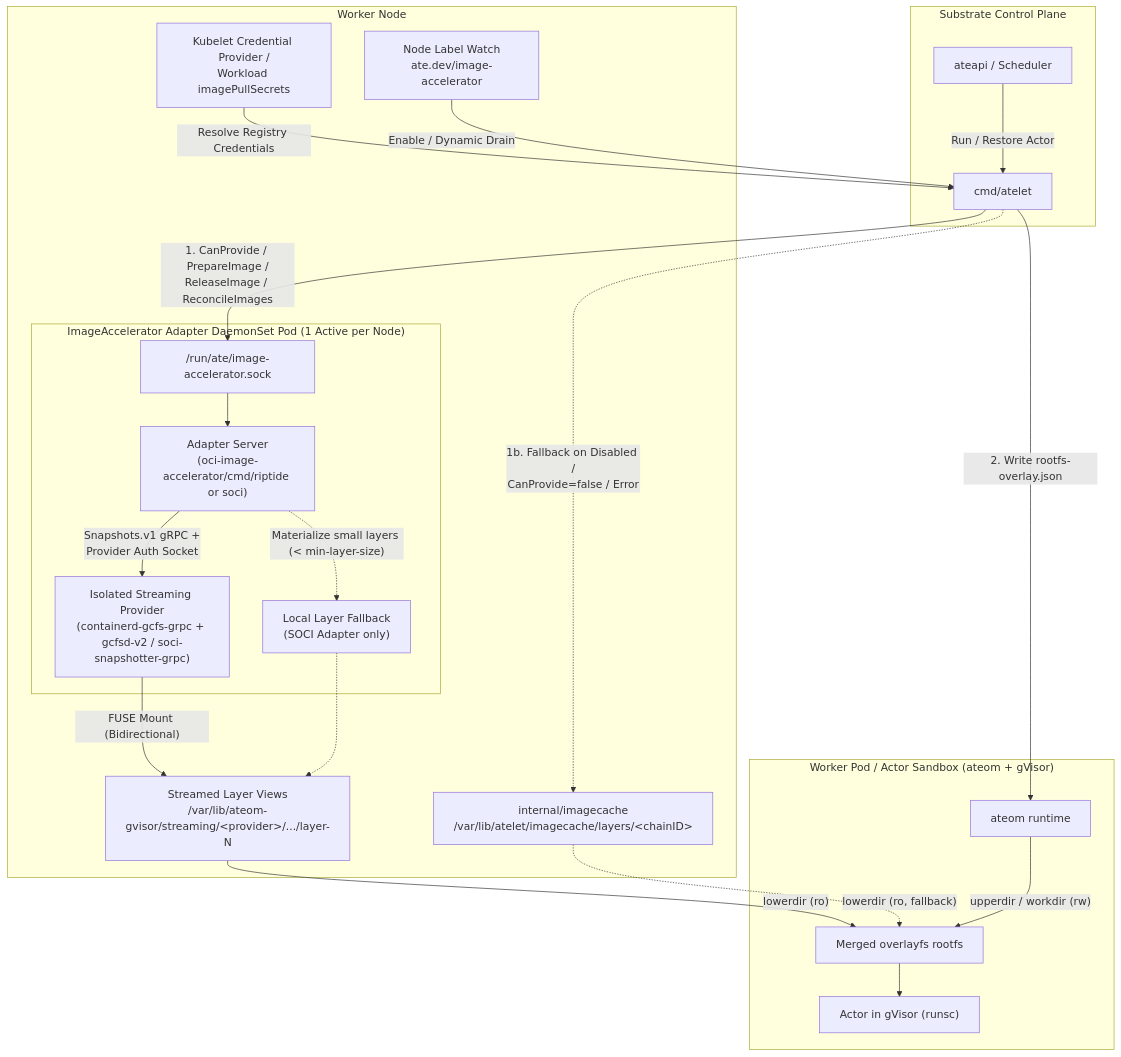
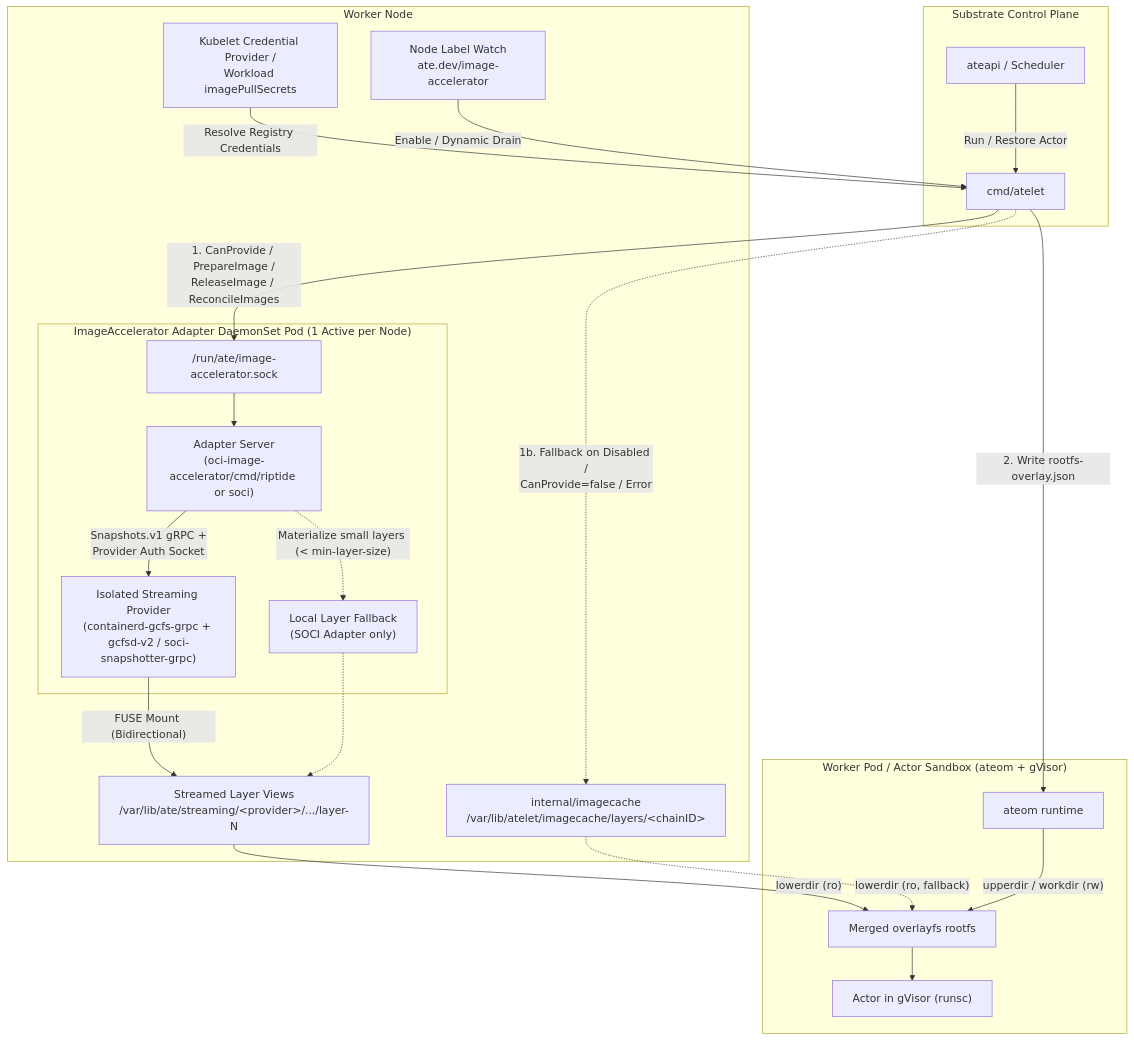
Before and after one commit to yuekui2/substrate: the diagram in docs/image-accelerator-design.md, drawn with Mermaid. The commit also changed other lines of this file and 14 other files, not shown here.

````diff
--- a/docs/image-accelerator-design.md
+++ b/docs/image-accelerator-design.md
@@ -21,31 +21,31 @@
 ```mermaid
 flowchart TD
     subgraph ControlPlane["Substrate Control Plane"]
         Scheduler["ateapi / Scheduler"] -->|"Run / Restore Actor"| Atelet["cmd/atelet"]
     end
 
     subgraph WorkerNode["Worker Node"]
         KubeCreds["Kubelet Credential Provider /<br/>Workload imagePullSecrets"] -->|"Resolve Registry Credentials"| Atelet
         NodeLabel["Node Label Watch<br/>ate.dev/image-accelerator"] -->|"Enable / Dynamic Drain"| Atelet
 
         Atelet -->|"1. CanProvide / PrepareImage /<br/>ReleaseImage / ReconcileImages"| Sock["/run/ate/image-accelerator.sock"]
         Atelet -. "1b. Fallback on Disabled /<br/>CanProvide=false / Error" .-> ImageCache["internal/imagecache<br/>/var/lib/atelet/imagecache/layers/&lt;chainID&gt;"]
 
         subgraph AdapterPod["ImageAccelerator Adapter DaemonSet Pod (1 Active per Node)"]
             Sock --> Adapter["Adapter Server<br/>(oci-image-accelerator/cmd/riptide or soci)"]
             Adapter -->|"Snapshots.v1 gRPC +<br/>Provider Auth Socket"| Provider["Isolated Streaming Provider<br/>(containerd-gcfs-grpc + gcfsd-v2 / soci-snapshotter-grpc)"]
             Adapter -. "Materialize small layers (< min-layer-size)" .-> SmallLayers["Local Layer Fallback<br/>(SOCI Adapter only)"]
         end
 
-        Provider -->|"FUSE Mount (Bidirectional)"| FuseViews["Streamed Layer Views<br/>/var/lib/ateom-gvisor/streaming/&lt;provider&gt;/.../layer-N"]
+        Provider -->|"FUSE Mount (Bidirectional)"| FuseViews["Streamed Layer Views<br/>/var/lib/ate/streaming/&lt;provider&gt;/.../layer-N"]
         SmallLayers -.-> FuseViews
     end
 
     subgraph Sandbox["Worker Pod / Actor Sandbox (ateom + gVisor)"]
         Atelet -->|"2. Write rootfs-overlay.json"| Ateom["ateom runtime"]
         FuseViews -- "lowerdir (ro)" --> Overlay["Merged overlayfs rootfs"]
         ImageCache -. "lowerdir (ro, fallback)" .-> Overlay
         Ateom -- "upperdir / workdir (rw)" --> Overlay
         Overlay --> Actor["Actor in gVisor (runsc)"]
     end
 ```
````
